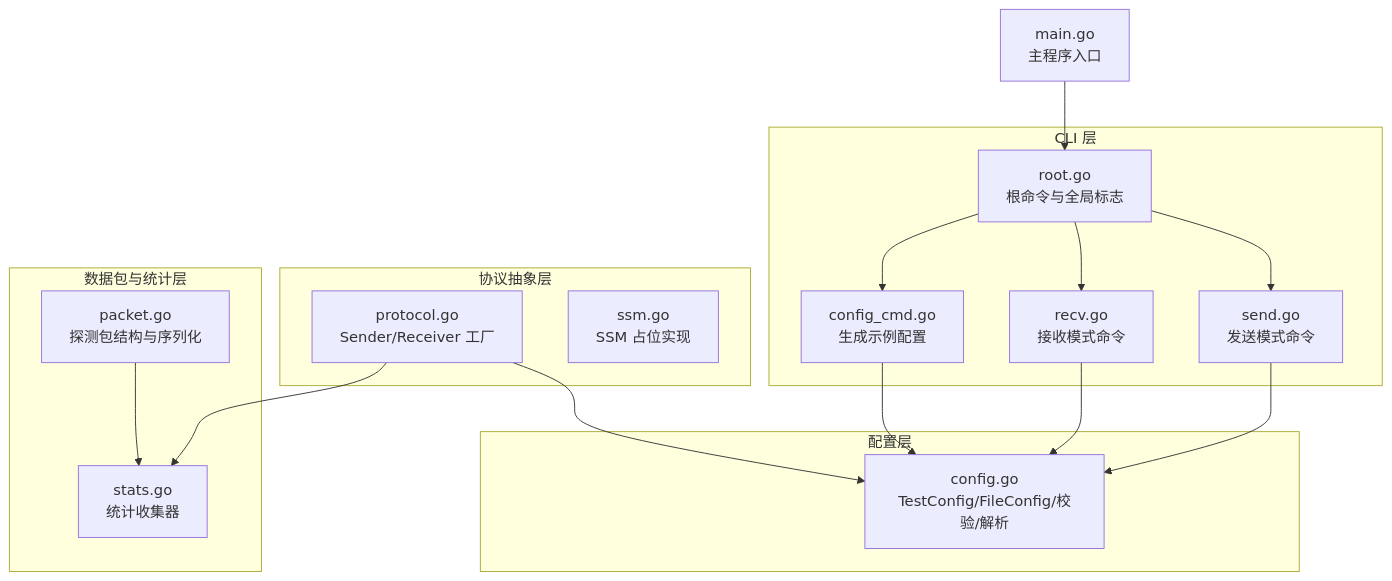
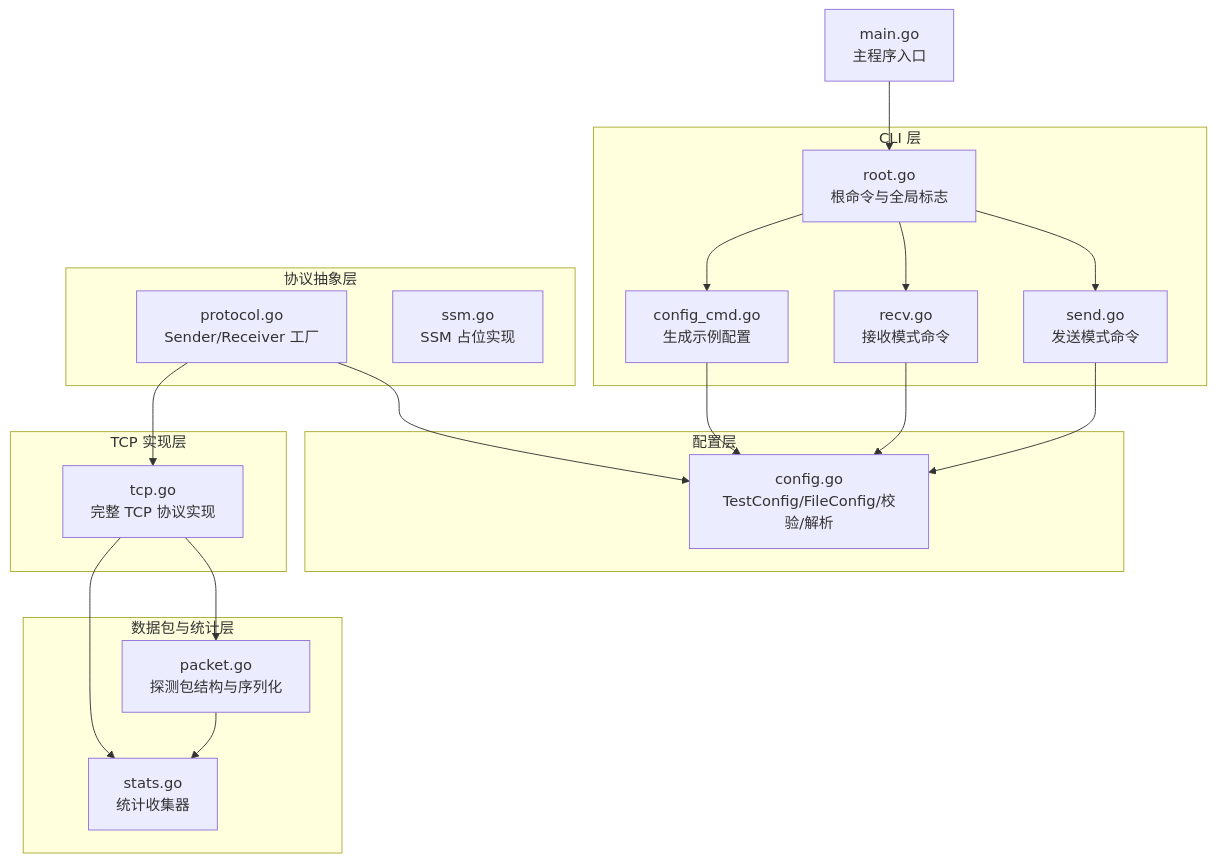
The first of 8 diagrams in .qoder/repowiki/zh/content/网络协议支持/TCP 协议测试.md (yanzhen74/ping-x), drawn with Mermaid before and after one commit. The commit also changed other lines of this file and 16 other files, not shown here.

````diff
--- a/.qoder/repowiki/zh/content/网络协议支持/TCP 协议测试.md
+++ b/.qoder/repowiki/zh/content/网络协议支持/TCP 协议测试.md
@@ -41,31 +52,36 @@
 ```mermaid
 graph TB
 subgraph "CLI 层"
 ROOT["root.go<br/>根命令与全局标志"]
 SEND["send.go<br/>发送模式命令"]
 RECV["recv.go<br/>接收模式命令"]
 CFGCMD["config_cmd.go<br/>生成示例配置"]
 end
 subgraph "配置层"
 CFG["config.go<br/>TestConfig/FileConfig/校验/解析"]
 end
 subgraph "协议抽象层"
 PROTO["protocol.go<br/>Sender/Receiver 工厂"]
 SSM["ssm.go<br/>SSM 占位实现"]
 end
+subgraph "TCP 实现层"
+TCP["tcp.go<br/>完整 TCP 协议实现"]
+end
 subgraph "数据包与统计层"
 PKT["packet.go<br/>探测包结构与序列化"]
 STATS["stats.go<br/>统计收集器"]
 end
 MAIN["main.go<br/>主程序入口"]
 MAIN --> ROOT
 ROOT --> SEND
 ROOT --> RECV
 ROOT --> CFGCMD
 SEND --> CFG
 RECV --> CFG
 PROTO --> CFG
-PROTO --> STATS
+PROTO --> TCP
+TCP --> PKT
+TCP --> STATS
 PKT --> STATS
 CFGCMD --> CFG
 ```
````
